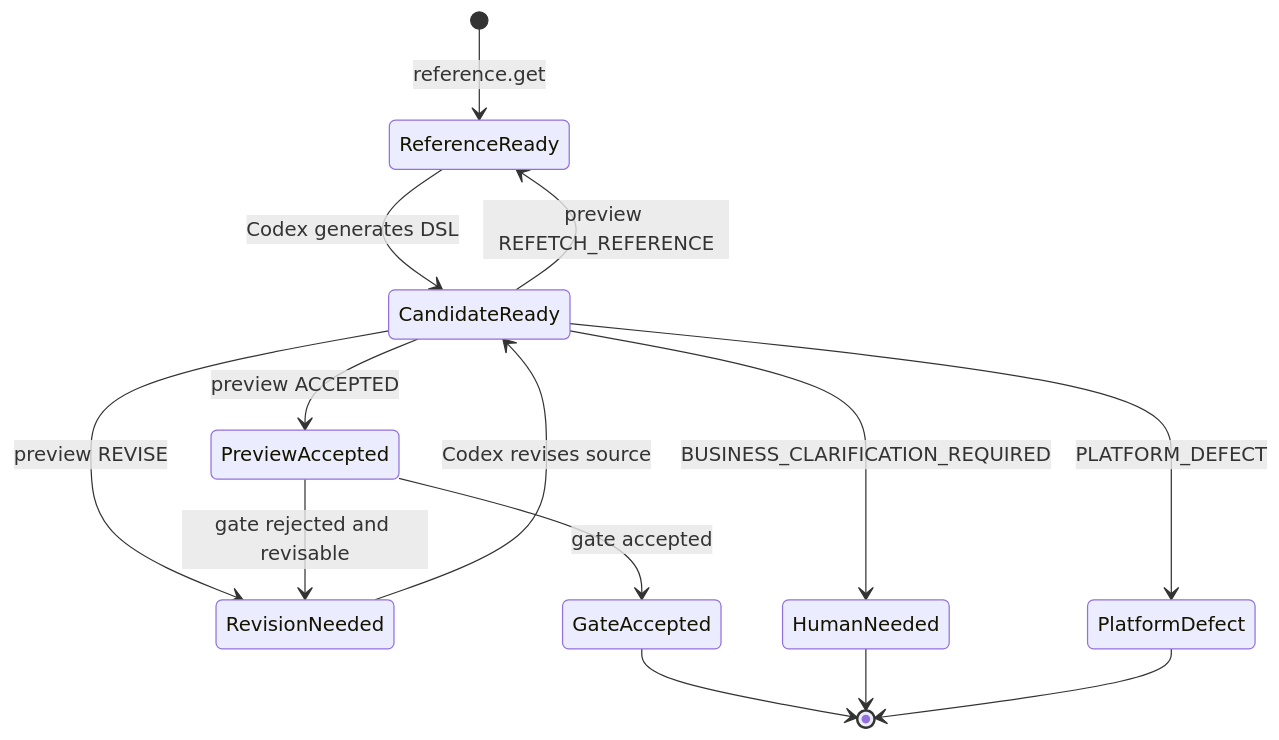
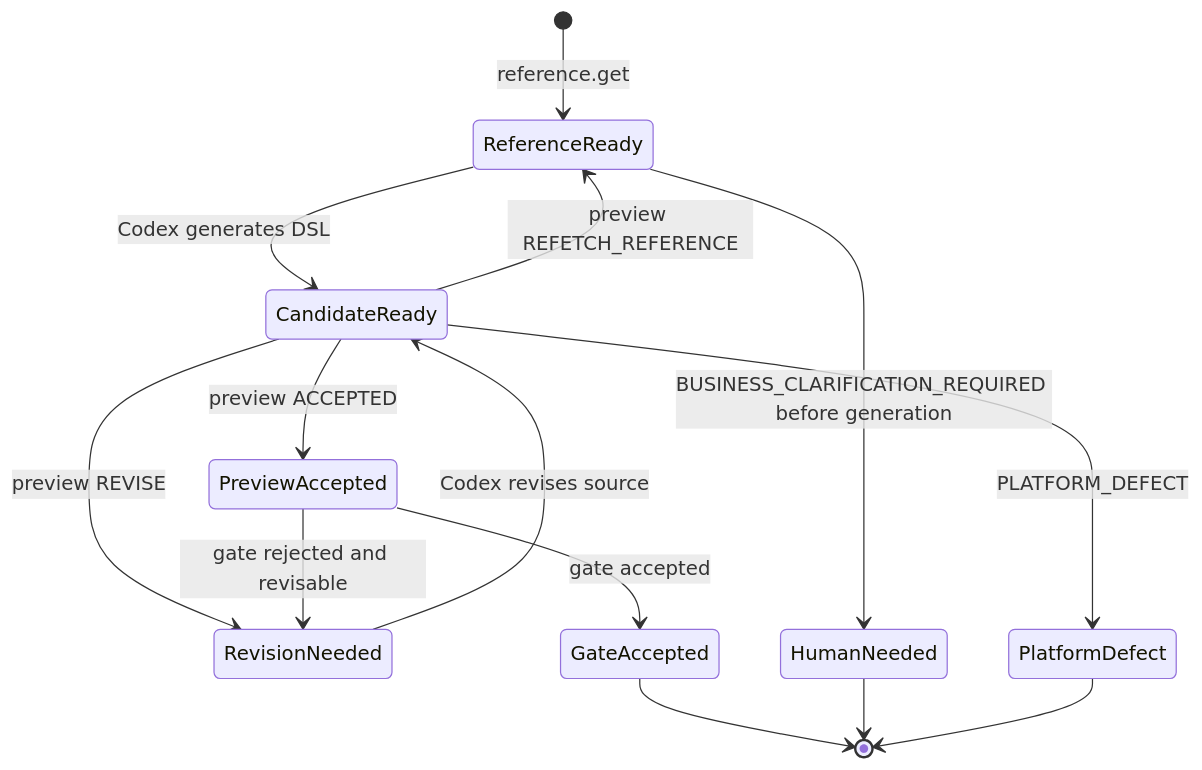
Before and after one commit to leanowtech/bloge-examples: the second of 3 diagrams in docs/rg-evolution-design-1.4.2.md, drawn with Mermaid. The commit also changed other lines of this file and 5 other files, not shown here.

````diff
--- a/docs/rg-evolution-design-1.4.2.md
+++ b/docs/rg-evolution-design-1.4.2.md
@@ -696,16 +700,16 @@
 ```mermaid
 stateDiagram-v2
     [*] --> ReferenceReady: reference.get
     ReferenceReady --> CandidateReady: Codex generates DSL
     CandidateReady --> PreviewAccepted: preview ACCEPTED
     CandidateReady --> RevisionNeeded: preview REVISE
     CandidateReady --> ReferenceReady: preview REFETCH_REFERENCE
-    CandidateReady --> HumanNeeded: BUSINESS_CLARIFICATION_REQUIRED
+    ReferenceReady --> HumanNeeded: BUSINESS_CLARIFICATION_REQUIRED before generation
     CandidateReady --> PlatformDefect: PLATFORM_DEFECT
     RevisionNeeded --> CandidateReady: Codex revises source
     PreviewAccepted --> GateAccepted: gate accepted
     PreviewAccepted --> RevisionNeeded: gate rejected and revisable
     GateAccepted --> [*]
     HumanNeeded --> [*]
     PlatformDefect --> [*]
 ```
````
